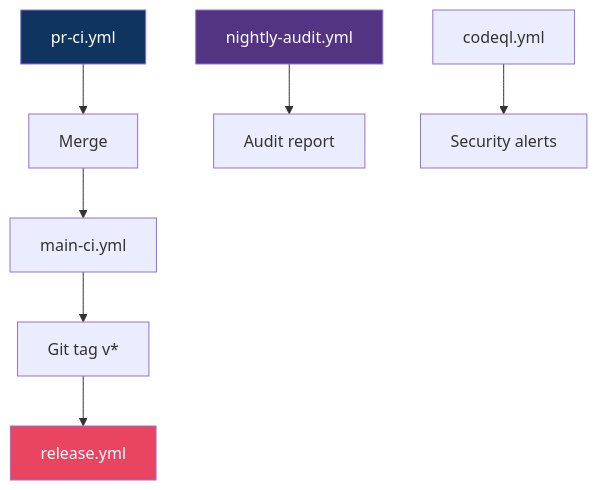
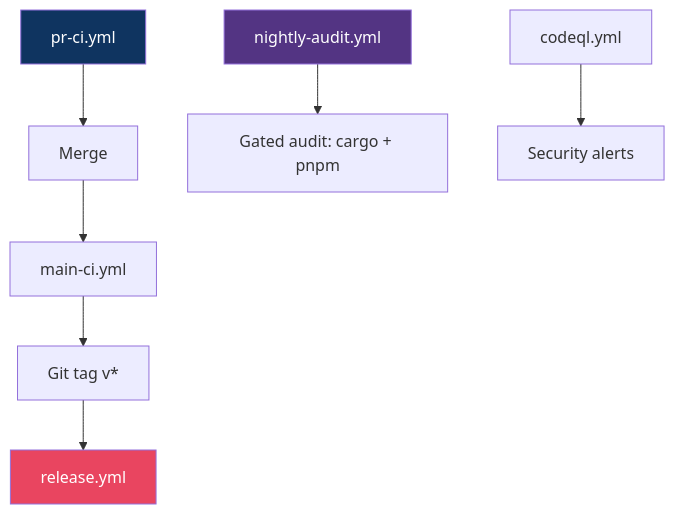
The third of 3 diagrams in docs/diagrams/15-cicd-pipeline.md (iDorgham/DJ-Assistant), drawn with Mermaid before and after one commit. The commit also changed 14 other files, not shown here.

````diff
--- a/docs/diagrams/15-cicd-pipeline.md
+++ b/docs/diagrams/15-cicd-pipeline.md
@@ -72,13 +72,13 @@
 ```mermaid
 flowchart TB
     PR[pr-ci.yml] --> M[Merge]
     M --> MAIN[main-ci.yml]
     MAIN --> TAG[Git tag v*]
     TAG --> REL[release.yml]
-    SCH[nightly-audit.yml] --> AUDIT[Audit report]
+    SCH[nightly-audit.yml] --> AUDIT[Gated audit: cargo + pnpm]
     CQ[codeql.yml] --> SARIF[Security alerts]
 
     style PR fill:#0f3460,color:#fff
     style REL fill:#e94560,color:#fff
     style SCH fill:#533483,color:#fff
 ```
````
